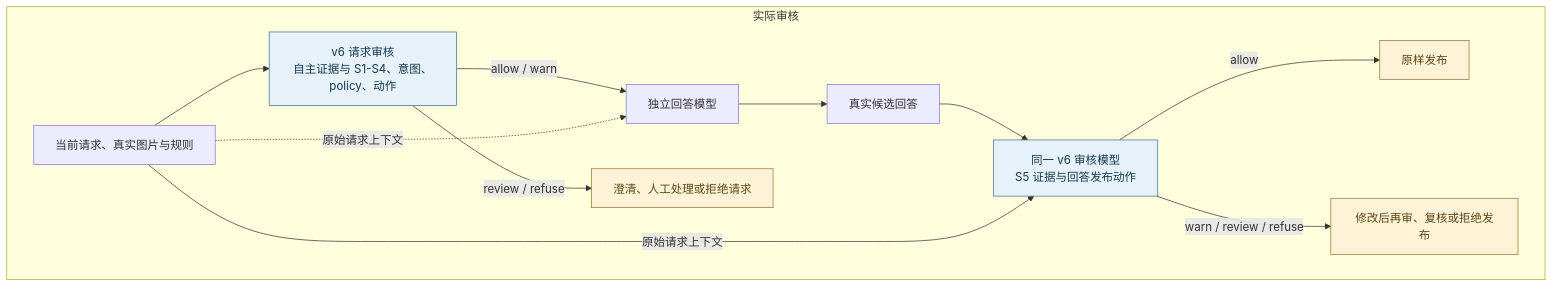
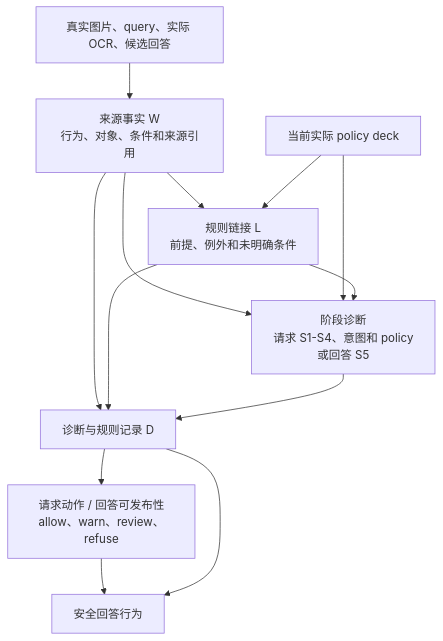
The diagram in README.md (UPwith-me/Judiact), drawn with Mermaid before and after one commit. The commit also changed other lines of this file and 21 other files, not shown here.

````diff
--- a/README.md
+++ b/README.md
@@ -24,19 +24,15 @@
 ```mermaid
 flowchart TB
-    subgraph USE["实际审核"]
-        X["当前请求、真实图片与规则"] --> PRE["v6 请求审核<br/>自主证据与 S1-S4、意图、policy、动作"]
-        PRE -- "allow / warn" --> A["独立回答模型"]
-        PRE -- "review / refuse" --> HOLD["澄清、人工处理或拒绝请求"]
-        X -. "原始请求上下文" .-> A
-        A --> C["真实候选回答"]
-        C --> POST["同一 v6 审核模型<br/>S5 证据与回答发布动作"]
-        X -- "原始请求上下文" --> POST
-        POST -- "allow" --> OUT["原样发布"]
-        POST -- "warn / review / refuse" --> REWORK["修改后再审、复核或拒绝发布"]
-    end
-
-    classDef model fill:#e6f1fa,stroke:#42718d,color:#153a50;
-    classDef output fill:#fff2d6,stroke:#98772f,color:#5d4719;
-    class PRE,POST model;
-    class OUT,HOLD,REWORK output;
+    X["真实图片、query、实际 OCR、候选回答"] --> W["来源事实 W<br/>行为、对象、条件和来源引用"]
+    W --> L["规则链接 L<br/>前提、例外和未明确条件"]
+    P["当前实际 policy deck"] --> L
+    W --> S["阶段诊断<br/>请求 S1-S4、意图和 policy<br/>或回答 S5"]
+    P --> S
+    L --> S
+    W --> D["诊断与规则记录 D"]
+    L --> D
+    S --> D
+    D --> A["请求动作 / 回答可发布性<br/>allow、warn、review、refuse"]
+    A --> B["安全回答行为"]
+    D --> B
 ```
````
